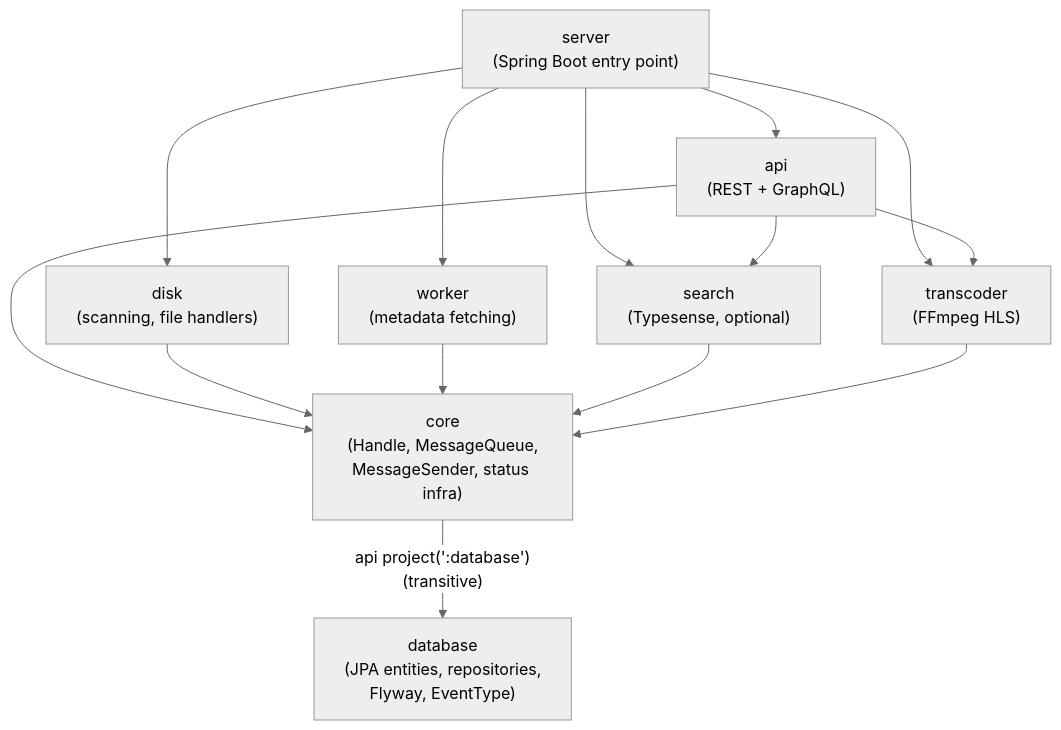
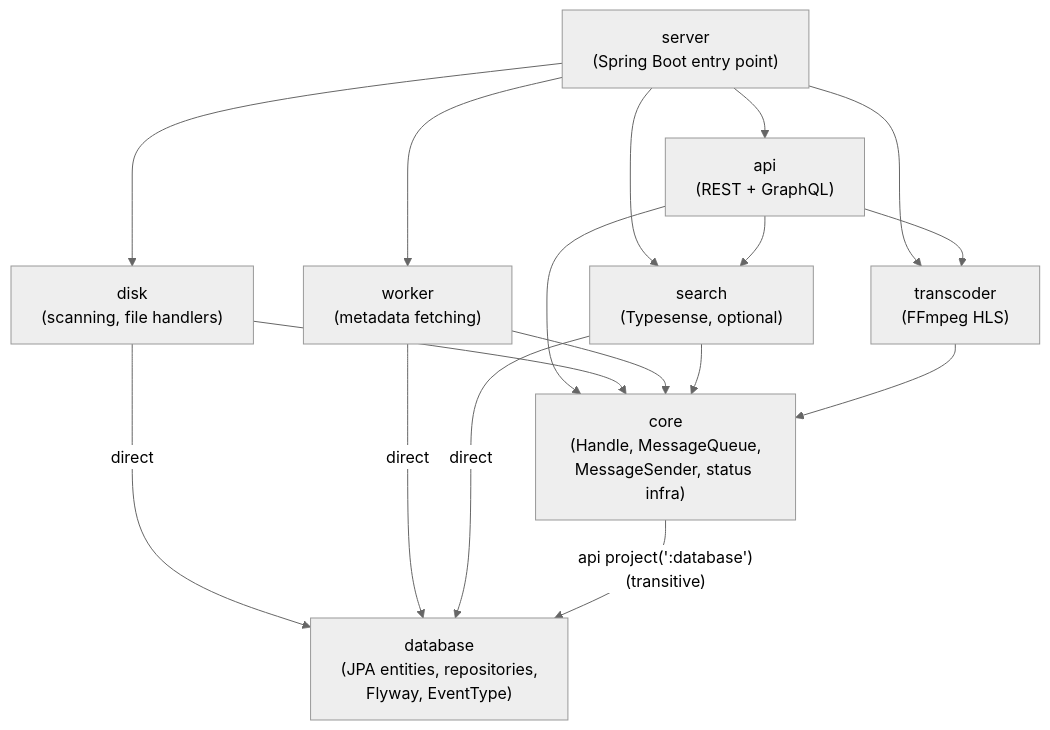
Before and after one commit to ister-app/server: the diagram in doc/architecture/diagrams/modules.md, drawn with Mermaid (neutral theme). The commit also changed other lines of this file and 21 other files, not shown here.

First line of the commit message:
docs(architecture): sync the chapters and diagrams with the code

````diff
--- a/doc/architecture/diagrams/modules.md
+++ b/doc/architecture/diagrams/modules.md
@@ -9,17 +11,18 @@
 ```mermaid
 flowchart TD
     server["server\n(Spring Boot entry point)"]
     api["api\n(REST + GraphQL)"]
     disk["disk\n(scanning, file handlers)"]
     worker["worker\n(metadata fetching)"]
     search["search\n(Typesense, optional)"]
     transcoder["transcoder\n(FFmpeg HLS)"]
     core["core\n(Handle, MessageQueue,\nMessageSender, status infra)"]
     database["database\n(JPA entities, repositories,\nFlyway, EventType)"]
 
     server --> api & disk & worker & search & transcoder
     api --> search
     api --> transcoder
     api & disk & worker & search & transcoder --> core
+    disk & worker & search -->|direct| database
     core -->|"api project(':database')\n(transitive)"| database
 ```
````
